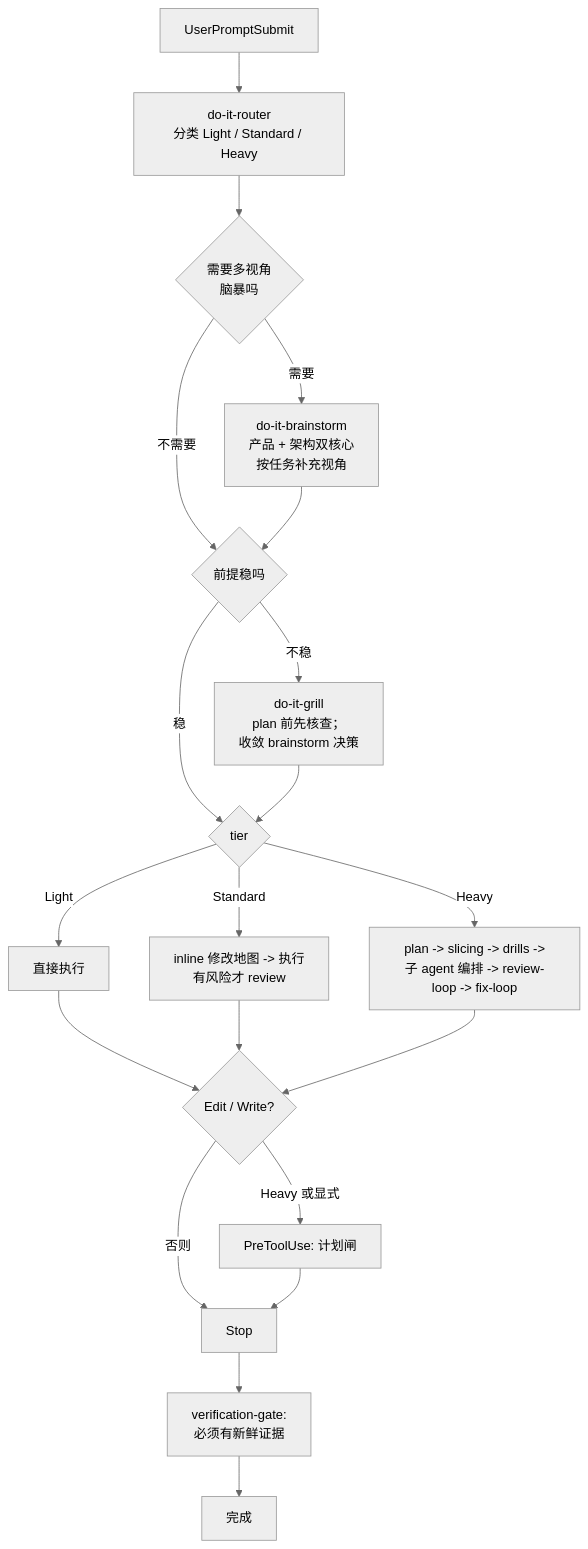
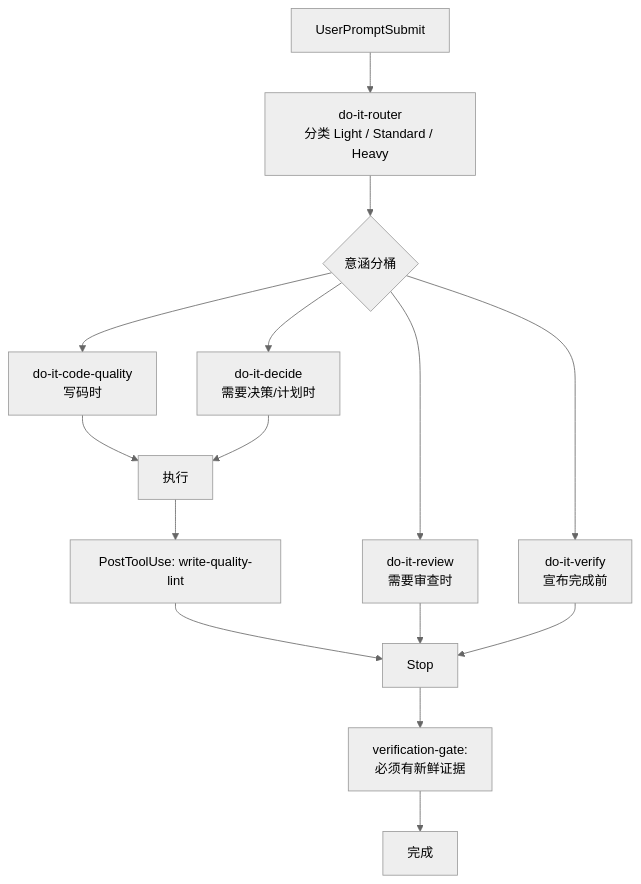
The diagram in README.zh-CN.md (tdwhere123/do-it), drawn with Mermaid (neutral theme) before and after one commit. The commit also changed other lines of this file and 383 other files, not shown here.

````diff
--- a/README.zh-CN.md
+++ b/README.zh-CN.md
@@ -233,22 +185,17 @@
 ```mermaid
 flowchart TD
     P[UserPromptSubmit] --> R[do-it-router<br/>分类 Light / Standard / Heavy]
-    R --> M{需要多视角<br/>脑暴吗}
-    M -- 需要 --> BR[do-it-brainstorm<br/>产品 + 架构双核心<br/>按任务补充视角]
-    M -- 不需要 --> G
-    BR --> G{前提稳吗}
-    G -- 不稳 --> GR[do-it-grill<br/>plan 前先核查；<br/>收敛 brainstorm 决策]
-    G -- 稳 --> T{tier}
-    GR --> T
-    T -- Light --> L[直接执行]
-    T -- Standard --> S[inline 修改地图 -> 执行<br/>有风险才 review]
-    T -- Heavy --> H[plan -> slicing -> drills -><br/>子 agent 编排 -> review-loop -> fix-loop]
-    L --> PG{Edit / Write?}
-    S --> PG
-    H --> PG
-    PG -- Heavy 或显式 --> PGY[PreToolUse: 计划闸]
-    PG -- 否则 --> V[Stop]
-    PGY --> V
+    R --> B{意涵分桶}
+    B --> CQ[do-it-code-quality<br/>写码时]
+    B --> D[do-it-decide<br/>需要决策/计划时]
+    B --> RV[do-it-review<br/>需要审查时]
+    B --> VY[do-it-verify<br/>宣布完成前]
+    CQ --> E[执行]
+    D --> E
+    E --> WQ[PostToolUse: write-quality-lint]
+    WQ --> V[Stop]
+    RV --> V
+    VY --> V
     V --> VG[verification-gate:<br/>必须有新鲜证据]
-    VG --> D[完成]
+    VG --> Done[完成]
 ```
````
